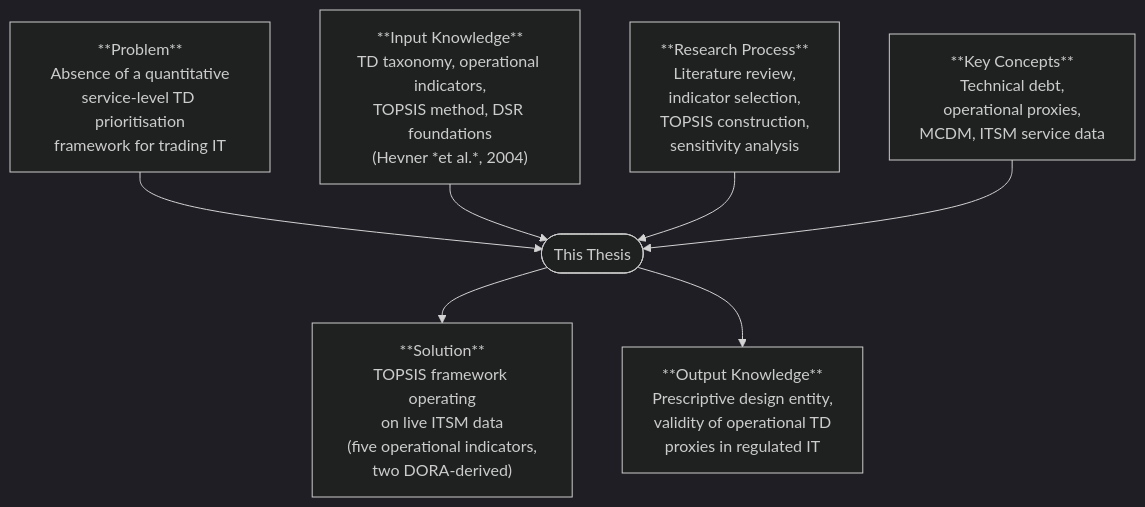
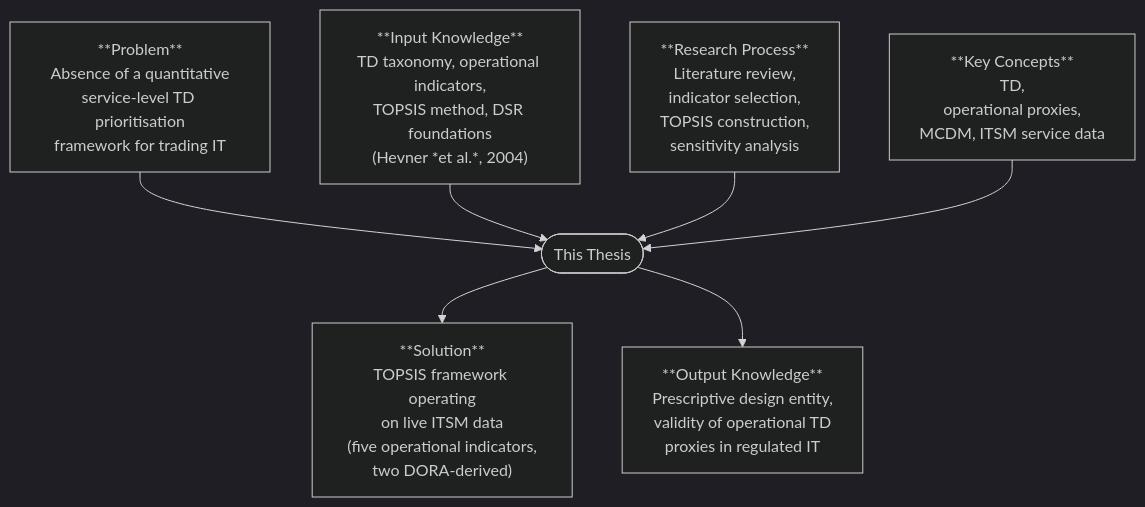
Before and after one commit to TobiZeier/MScProject: the first of 2 diagrams in quarto/chapters/3-methodology.qmd, drawn with Mermaid (dark theme). The commit also changed other lines of this file and 6 other files, not shown here.

Commit message:
use TD instead of technical debt

````diff
--- a/quarto/chapters/3-methodology.qmd
+++ b/quarto/chapters/3-methodology.qmd
@@ -38,21 +38,21 @@
 ```{mermaid}
 %%| label: fig-dsr-grid
 %%| fig-cap: "DSR Grid for the present study, adapted from Peffers *et al.* (2007)"
 %%| fig-width: 6
 
 graph TD
     P["**Problem**<br/>Absence of a quantitative<br/>service-level TD prioritisation<br/>framework for trading IT"]
     IK["**Input Knowledge**<br/>TD taxonomy, operational indicators,<br/>TOPSIS method, DSR foundations<br/>(Hevner *et al.*, 2004)"]
     RP["**Research Process**<br/>Literature review,<br/>indicator selection,<br/>TOPSIS construction,<br/>sensitivity analysis"]
-    KC["**Key Concepts**<br/>Technical debt,<br/>operational proxies,<br/>MCDM, ITSM service data"]
+    KC["**Key Concepts**<br/>TD,<br/>operational proxies,<br/>MCDM, ITSM service data"]
     DSR(["This Thesis"])
     S["**Solution**<br/>TOPSIS framework operating<br/>on live ITSM data<br/>(five operational indicators,<br/>two DORA-derived)"]
     OK["**Output Knowledge**<br/>Prescriptive design entity,<br/>validity of operational TD<br/>proxies in regulated IT"]
 
     P --> DSR
     IK --> DSR
     RP --> DSR
     KC --> DSR
     DSR --> S
     DSR --> OK
 ```
````
